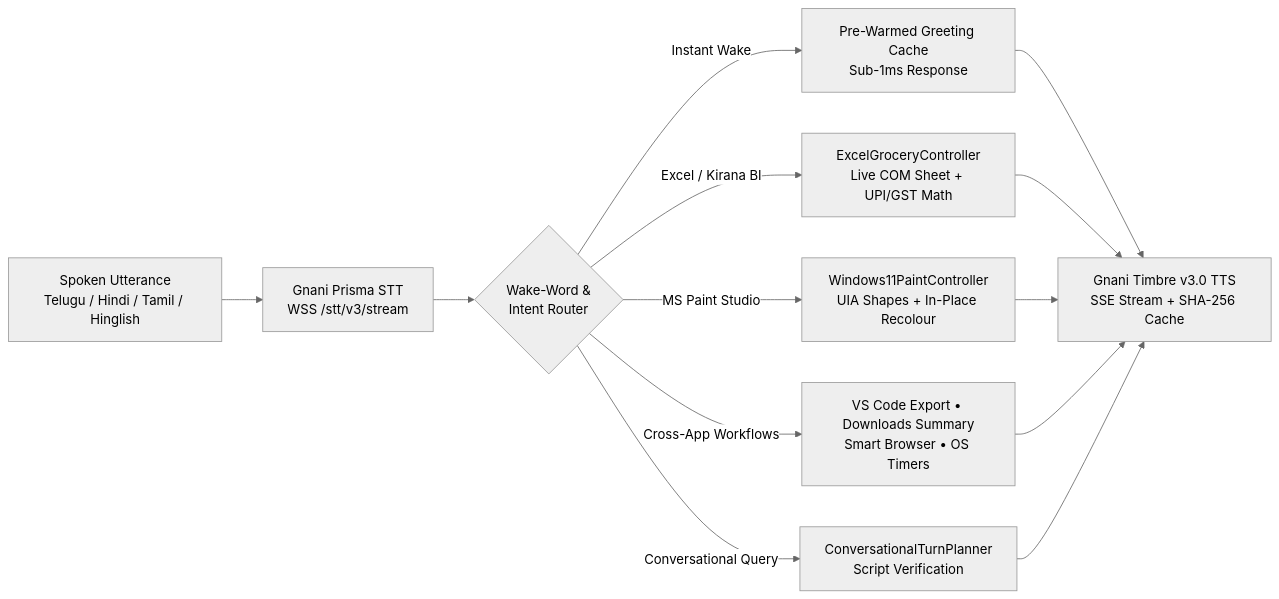
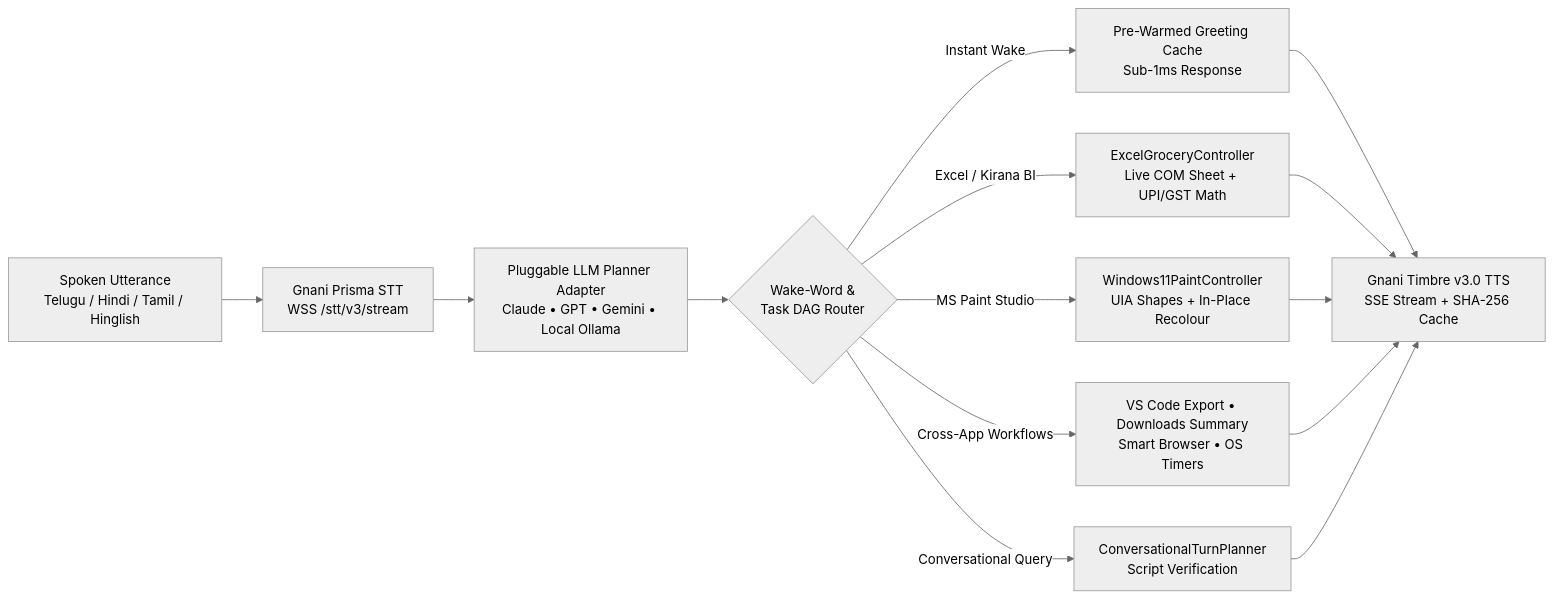
Before and after one commit to vakrahul/Raay: the second of 3 diagrams in README.md, drawn with Mermaid (neutral theme). The commit also changed other lines of this file, not shown here.

Commit message:
docs(readme): document pluggable external LLM adapters (Claude, GPT, Gemini, Ollama) in architecture diagrams and quick start

````diff
--- a/README.md
+++ b/README.md
@@ -107,15 +109,16 @@
 ```mermaid
 flowchart LR
     A["Spoken Utterance<br/>Telugu / Hindi / Tamil / Hinglish"] --> B["Gnani Prisma STT<br/>WSS /stt/v3/stream"]
-    B --> C{"Wake-Word &<br/>Intent Router"}
-    C -->|Instant Wake| D["Pre-Warmed Greeting Cache<br/>Sub-1ms Response"]
-    C -->|Excel / Kirana BI| E["ExcelGroceryController<br/>Live COM Sheet + UPI/GST Math"]
-    C -->|MS Paint Studio| F["Windows11PaintController<br/>UIA Shapes + In-Place Recolour"]
-    C -->|Cross-App Workflows| G["VS Code Export • Downloads Summary<br/>Smart Browser • OS Timers"]
-    C -->|Conversational Query| H["ConversationalTurnPlanner<br/>Script Verification"]
-    D --> I["Gnani Timbre v3.0 TTS<br/>SSE Stream + SHA-256 Cache"]
-    E --> I
-    F --> I
-    G --> I
-    H --> I
+    B --> C["Pluggable LLM Planner Adapter<br/>Claude • GPT • Gemini • Local Ollama"]
+    C --> D{"Wake-Word &<br/>Task DAG Router"}
+    D -->|Instant Wake| E["Pre-Warmed Greeting Cache<br/>Sub-1ms Response"]
+    D -->|Excel / Kirana BI| F["ExcelGroceryController<br/>Live COM Sheet + UPI/GST Math"]
+    D -->|MS Paint Studio| G["Windows11PaintController<br/>UIA Shapes + In-Place Recolour"]
+    D -->|Cross-App Workflows| H["VS Code Export • Downloads Summary<br/>Smart Browser • OS Timers"]
+    D -->|Conversational Query| I["ConversationalTurnPlanner<br/>Script Verification"]
+    E --> J["Gnani Timbre v3.0 TTS<br/>SSE Stream + SHA-256 Cache"]
+    F --> J
+    G --> J
+    H --> J
+    I --> J
 ```
````
